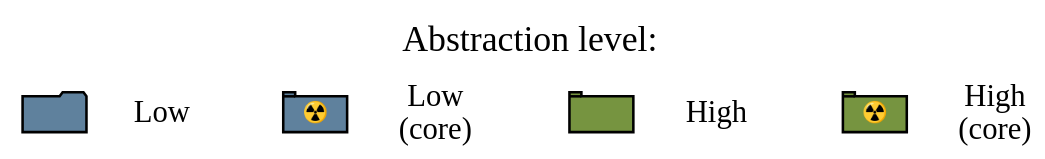
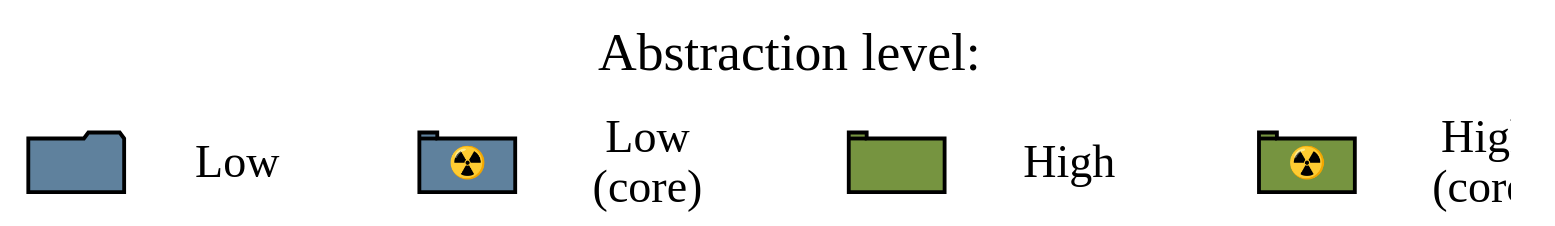
One commit to delameter/pytermor changed the diagram in docs/_generated/module_legend-pdf.dot. Above: the diagram before and after it, drawn with Graphviz. The commit also changed 58 other files, not shown here.

```diff
--- a/docs/_generated/module_legend-pdf.dot
+++ b/docs/_generated/module_legend-pdf.dot
@@ -1,52 +1,52 @@
 # placeholders:
-#   2.0,0.5
+#   3.0,0.5
 #   #000000
 
 digraph G {
     dpi = 150;
     rankdir = TB;
     ranksep=0.1;
     #TBbalance = min;
     ratio=compress;
-    size="2.0,0.5";
+    size="3.0,0.5";
 
     node [
         style="filled",
         fontname="Munson",
         fontcolor="#000000",
         margin="0.2,0.0",
         fontsize=14,
         width=1.0,
         height=.5,
     ];
     edge [style="invis"];
 
     legend_title [shape=plain,fillcolor="none",label="Abstraction level:"];
     node [fontsize=12];
     
     subgraph ceter {
         rank=sink;
         icon_low [shape=folder,label="",fillcolor="#5f819d",width=.35,height=.2]
         legend_low [shape=plain,fillcolor="none",label="Low"];
         icon_high [shape=tab,label="",fillcolor="#769440",width=.35,height=.2];
         legend_high [shape=plain,fillcolor="none",label="High"];
         icon_low_core [shape=tab,label="☢️"fontname="Ubuntu",fillcolor="#5f819d",width=.35,height=.2,fixedsize=1,fontsize=8];
         legend_low_core [label="Low\n(core)",shape=plain,fillcolor=none];
         icon_high_core [shape=tab,label="☢️"fontname="Ubuntu",fillcolor="#769440",width=.35,height=.2,fixedsize=1,fontsize=8];
         legend_high_core [label="High\n(core)",shape=plain,fillcolor=none];
         
         edge [constraint=0,minlen=0];
         icon_low -> legend_low  [];
         icon_high -> legend_high [];
         icon_low_core -> legend_low_core [];
         icon_high_core -> legend_high_core [];
 
         edge [constraint=1,minlen=2];
         legend_low -> icon_low_core[];
         legend_low_core -> icon_high[];
         legend_high -> icon_high_core[];
 
     }
     
     legend_title -> {icon_low} [constraint=0, minlen=3]
 }
```
